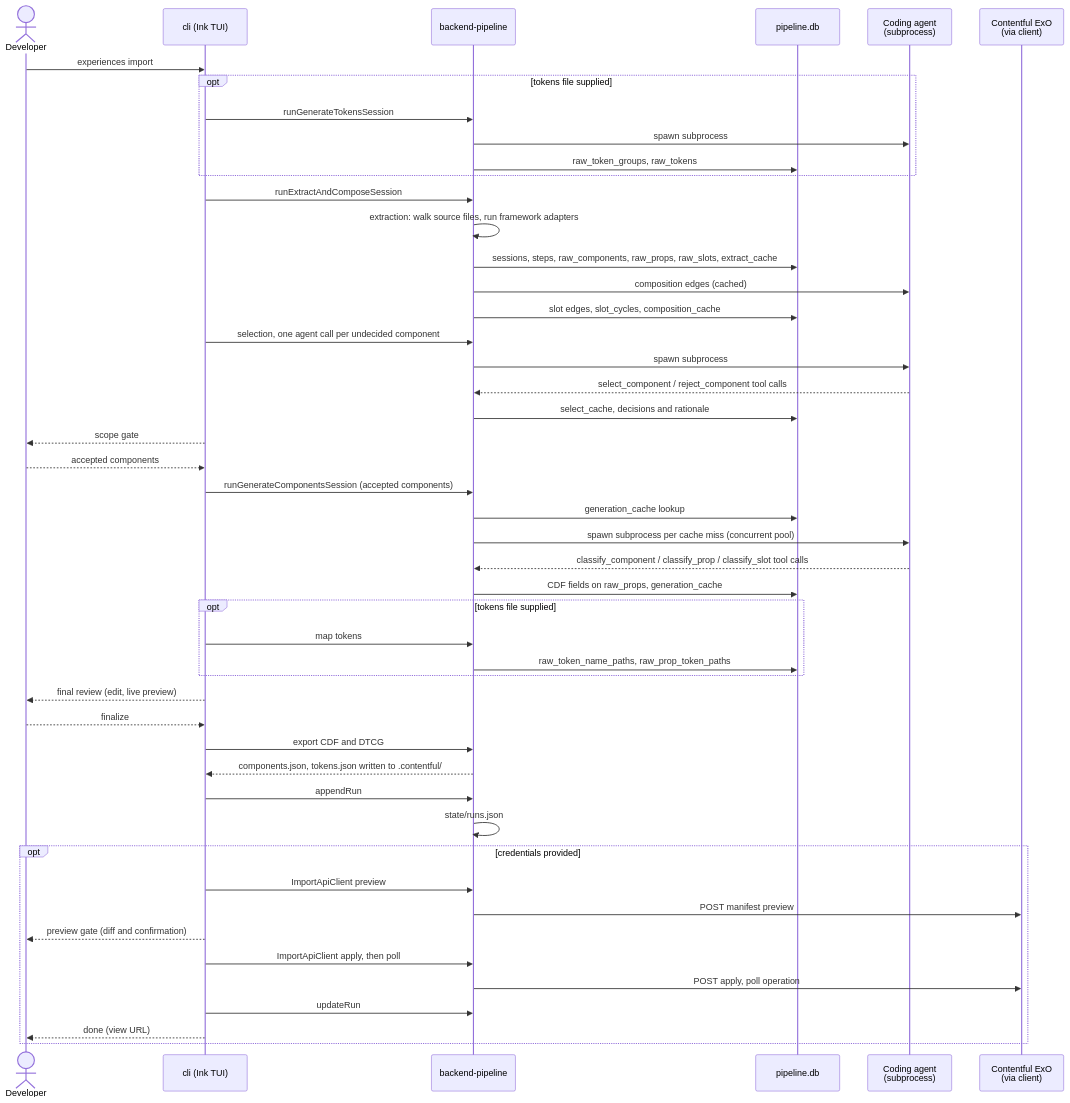
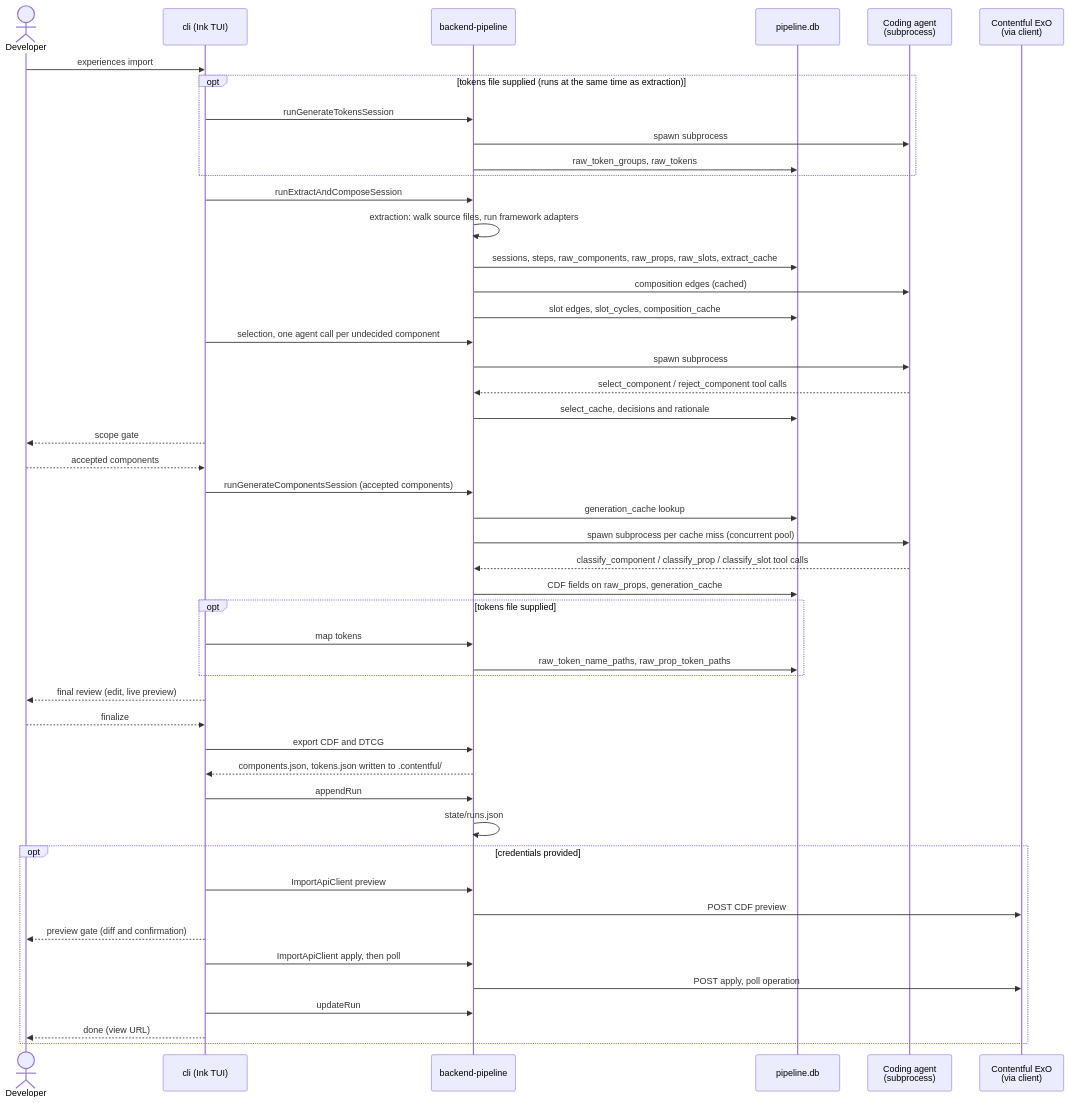
The diagram in ARCHITECTURE.md (contentful/experience-design-system-sdk-public), drawn with Mermaid before and after one commit. The commit also changed other lines of this file, not shown here.

First line of the commit message:
docs: bring ARCHITECTURE.md up to date with the code [INTEG-5202]

````diff
--- a/ARCHITECTURE.md
+++ b/ARCHITECTURE.md
@@ -221,58 +221,58 @@
 ```mermaid
 sequenceDiagram
     actor Dev as Developer
     participant CLI as cli (Ink TUI)
     participant BP as backend-pipeline
     participant DB as pipeline.db
     participant Agent as Coding agent<br/>(subprocess)
     participant API as Contentful ExO<br/>(via client)
 
     Dev->>CLI: experiences import
-    opt tokens file supplied
+    opt tokens file supplied (runs at the same time as extraction)
         CLI->>BP: runGenerateTokensSession
         BP->>Agent: spawn subprocess
         BP->>DB: raw_token_groups, raw_tokens
     end
 
     CLI->>BP: runExtractAndComposeSession
     BP->>BP: extraction: walk source files, run framework adapters
     BP->>DB: sessions, steps, raw_components, raw_props, raw_slots, extract_cache
     BP->>Agent: composition edges (cached)
     BP->>DB: slot edges, slot_cycles, composition_cache
 
     CLI->>BP: selection, one agent call per undecided component
     BP->>Agent: spawn subprocess
     Agent-->>BP: select_component / reject_component tool calls
     BP->>DB: select_cache, decisions and rationale
 
     CLI-->>Dev: scope gate
     Dev-->>CLI: accepted components
 
     CLI->>BP: runGenerateComponentsSession (accepted components)
     BP->>DB: generation_cache lookup
     BP->>Agent: spawn subprocess per cache miss (concurrent pool)
     Agent-->>BP: classify_component / classify_prop / classify_slot tool calls
     BP->>DB: CDF fields on raw_props, generation_cache
 
     opt tokens file supplied
         CLI->>BP: map tokens
         BP->>DB: raw_token_name_paths, raw_prop_token_paths
     end
 
     CLI-->>Dev: final review (edit, live preview)
     Dev-->>CLI: finalize
     CLI->>BP: export CDF and DTCG
     BP-->>CLI: components.json, tokens.json written to .contentful/
     CLI->>BP: appendRun
     BP->>BP: state/runs.json
 
     opt credentials provided
         CLI->>BP: ImportApiClient preview
-        BP->>API: POST manifest preview
+        BP->>API: POST CDF preview
         CLI-->>Dev: preview gate (diff and confirmation)
         CLI->>BP: ImportApiClient apply, then poll
         BP->>API: POST apply, poll operation
         CLI->>BP: updateRun
         CLI-->>Dev: done (view URL)
     end
 ```
````
